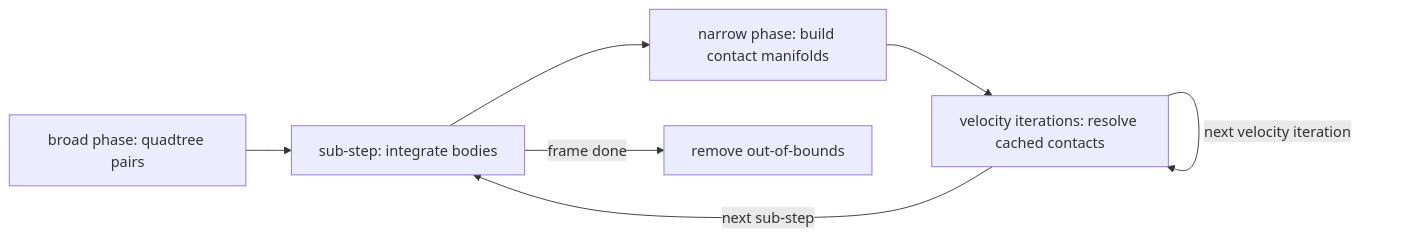
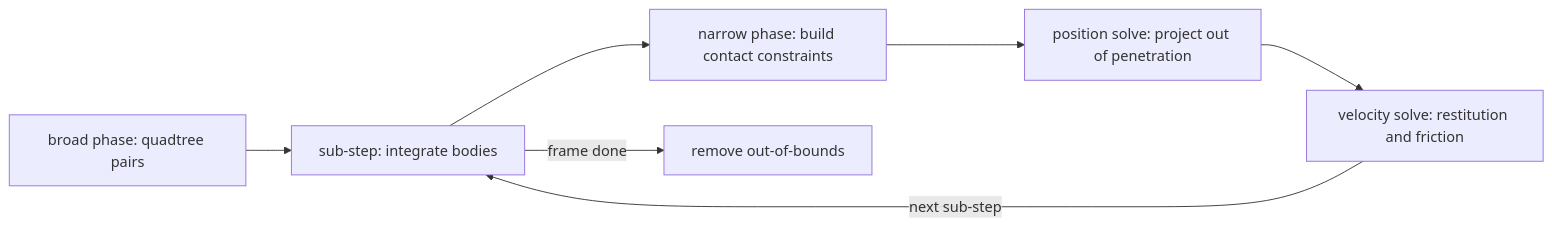
One commit to matajoh/boc-physics changed the diagram in README.md. Above: the diagram before and after it, drawn with Mermaid. The commit also changed other lines of this file, not shown here.

````diff
--- a/README.md
+++ b/README.md
@@ -108,9 +109,9 @@
 ```mermaid
 flowchart LR
     A[broad phase: quadtree pairs] --> C[sub-step: integrate bodies]
-    C --> D[narrow phase: build contact manifolds]
-    D --> E[velocity iterations: resolve cached contacts]
-    E -->|next velocity iteration| E
-    E -->|next sub-step| C
+    C --> D[narrow phase: build contact constraints]
+    D --> E[position solve: project out of penetration]
+    E --> G[velocity solve: restitution and friction]
+    G -->|next sub-step| C
     C -->|frame done| F[remove out-of-bounds]
 ```
````
